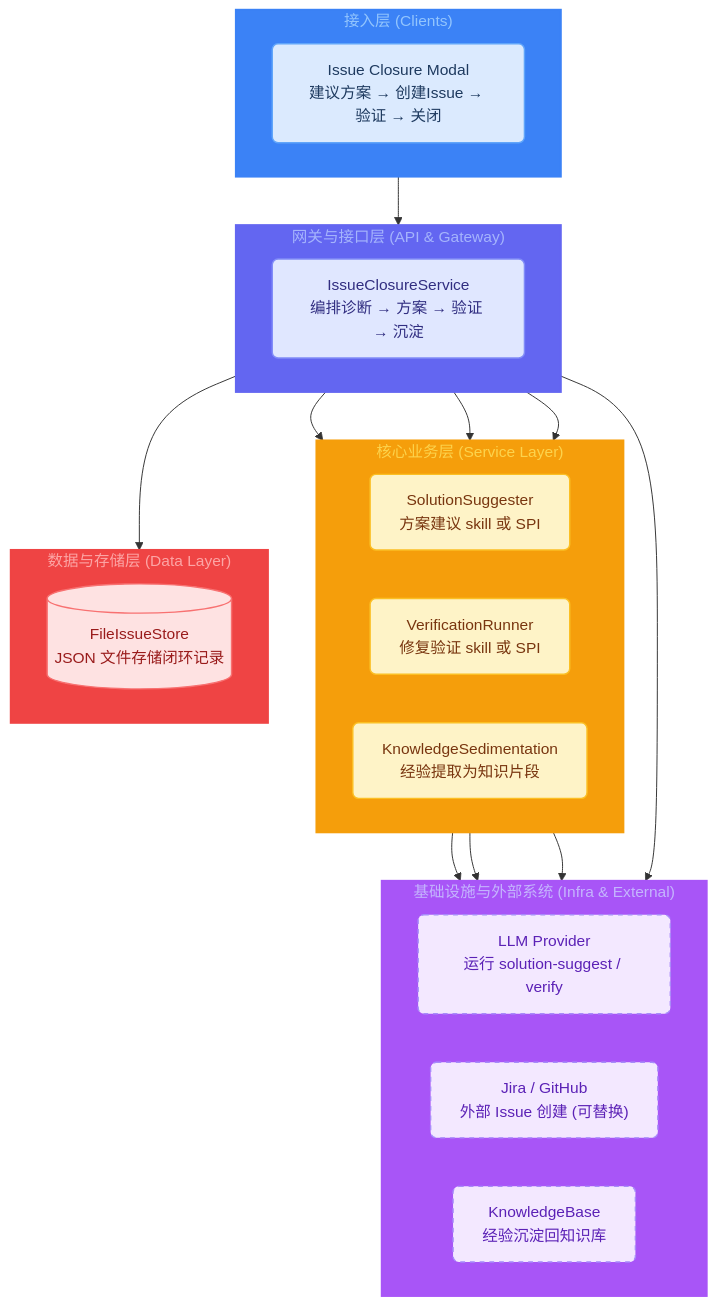
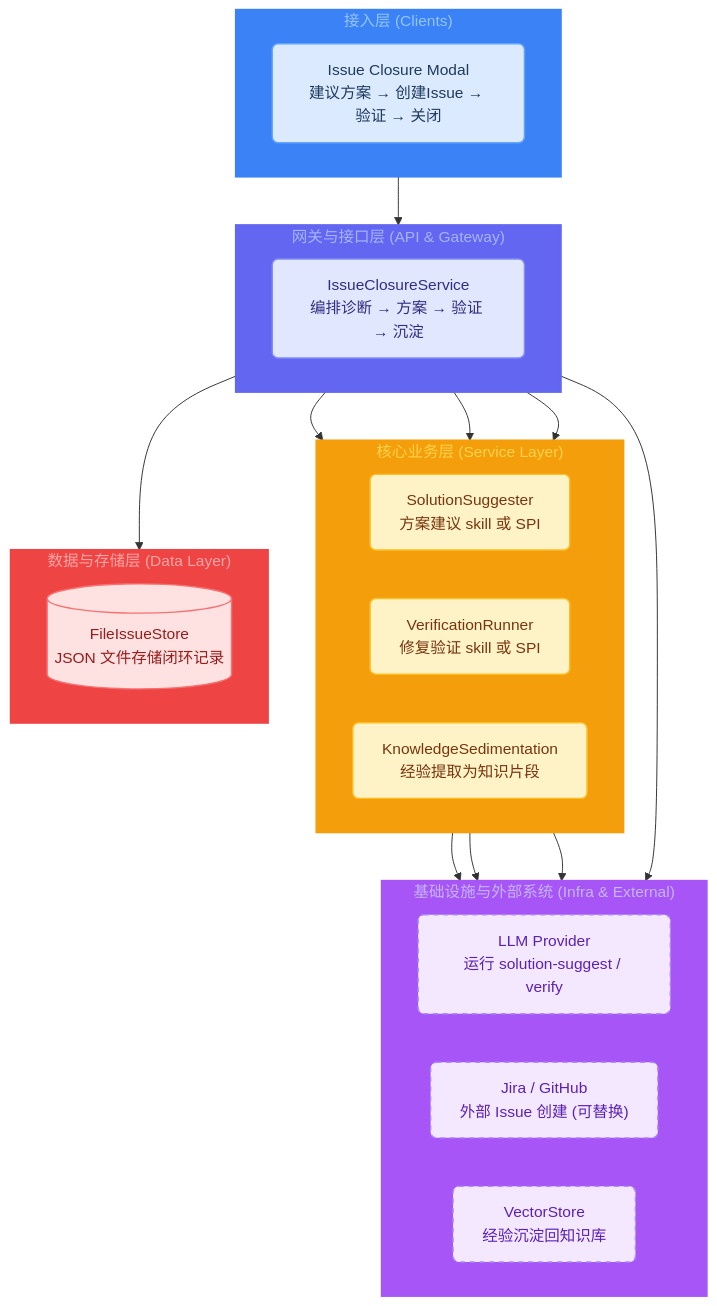
Before and after one commit to watson-song/snap-agent: the diagram in docs/site/issue/issue-architecture.mmd, drawn with Mermaid. The commit also changed 47 other files, not shown here.

First line of the commit message:
docs: update all documentation for architecture deepening

```diff
--- a/docs/site/issue/issue-architecture.mmd
+++ b/docs/site/issue/issue-architecture.mmd
@@ -1,59 +1,59 @@
 graph TD
     %% ===== Glassmorphism Node Classes =====
     classDef client fill:#dbeafe,stroke:#60a5fa,stroke-width:1.5px,color:#1e3a5f,rx:6px,ry:6px
     classDef api fill:#e0e7ff,stroke:#818cf8,stroke-width:1.5px,color:#312e81,rx:6px,ry:6px
     classDef service fill:#fef3c7,stroke:#fbbf24,stroke-width:1.5px,color:#78350f,rx:6px,ry:6px
     classDef ai fill:#dcfce7,stroke:#4ade80,stroke-width:1.5px,color:#166534,rx:6px,ry:6px
     classDef storage fill:#fee2e2,stroke:#f87171,stroke-width:1.5px,color:#991b1b,rx:6px,ry:6px
     classDef external fill:#f3e8ff,stroke:#a78bfa,stroke-width:1.5px,stroke-dasharray: 5 5,color:#5b21b6,rx:6px,ry:6px
 
     subgraph Client ["接入层 (Clients)"]
         direction LR
         Modal["Issue Closure Modal<br/>建议方案 → 创建Issue → 验证 → 关闭"]
     end
 
     subgraph Gateway ["网关与接口层 (API & Gateway)"]
         direction LR
         Service["IssueClosureService<br/>编排诊断 → 方案 → 验证 → 沉淀"]
     end
 
     subgraph ServiceLayer ["核心业务层 (Service Layer)"]
         direction LR
         Suggester["SolutionSuggester<br/>方案建议 skill 或 SPI"]
         Verifier["VerificationRunner<br/>修复验证 skill 或 SPI"]
         Sedimentation["KnowledgeSedimentation<br/>经验提取为知识片段"]
     end
 
     subgraph Data ["数据与存储层 (Data Layer)"]
         direction LR
         IssueStore[("FileIssueStore<br/>JSON 文件存储闭环记录")]
     end
 
     subgraph External ["基础设施与外部系统 (Infra & External)"]
         direction LR
         LLM["LLM Provider<br/>运行 solution-suggest / verify"]
         Tracker["Jira / GitHub<br/>外部 Issue 创建 (可替换)"]
-        Knowledge["KnowledgeBase<br/>经验沉淀回知识库"]
+        Knowledge["VectorStore<br/>经验沉淀回知识库"]
     end
 
     Modal --> Service
     Service --> Suggester
     Service --> Verifier
     Service --> Sedimentation
     Service --> IssueStore
     Suggester --> LLM
     Verifier --> LLM
     Service --> Tracker
     Sedimentation --> Knowledge
 
     style Client fill:#3b82f6,stroke:#3b82f6,stroke-width:2px,color:#93c5fd
     style Gateway fill:#6366f1,stroke:#6366f1,stroke-width:2px,color:#a5b4fc
     style ServiceLayer fill:#f59e0b,stroke:#f59e0b,stroke-width:2px,color:#fcd34d
     style Data fill:#ef4444,stroke:#ef4444,stroke-width:2px,color:#fca5a5
     style External fill:#a855f7,stroke:#a855f7,stroke-width:2px,color:#c4b5fd
 
     class Modal client
     class Service api
     class Suggester,Verifier,Sedimentation service
     class IssueStore storage
     class LLM,Tracker,Knowledge external
```
